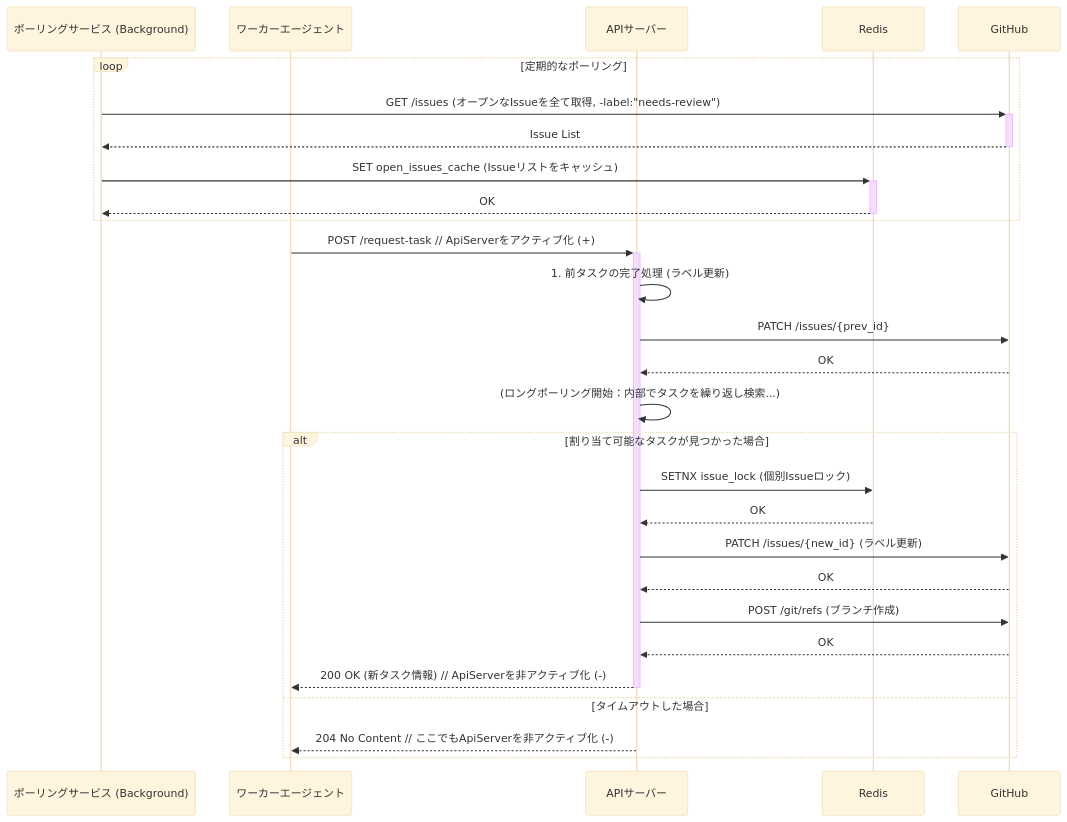
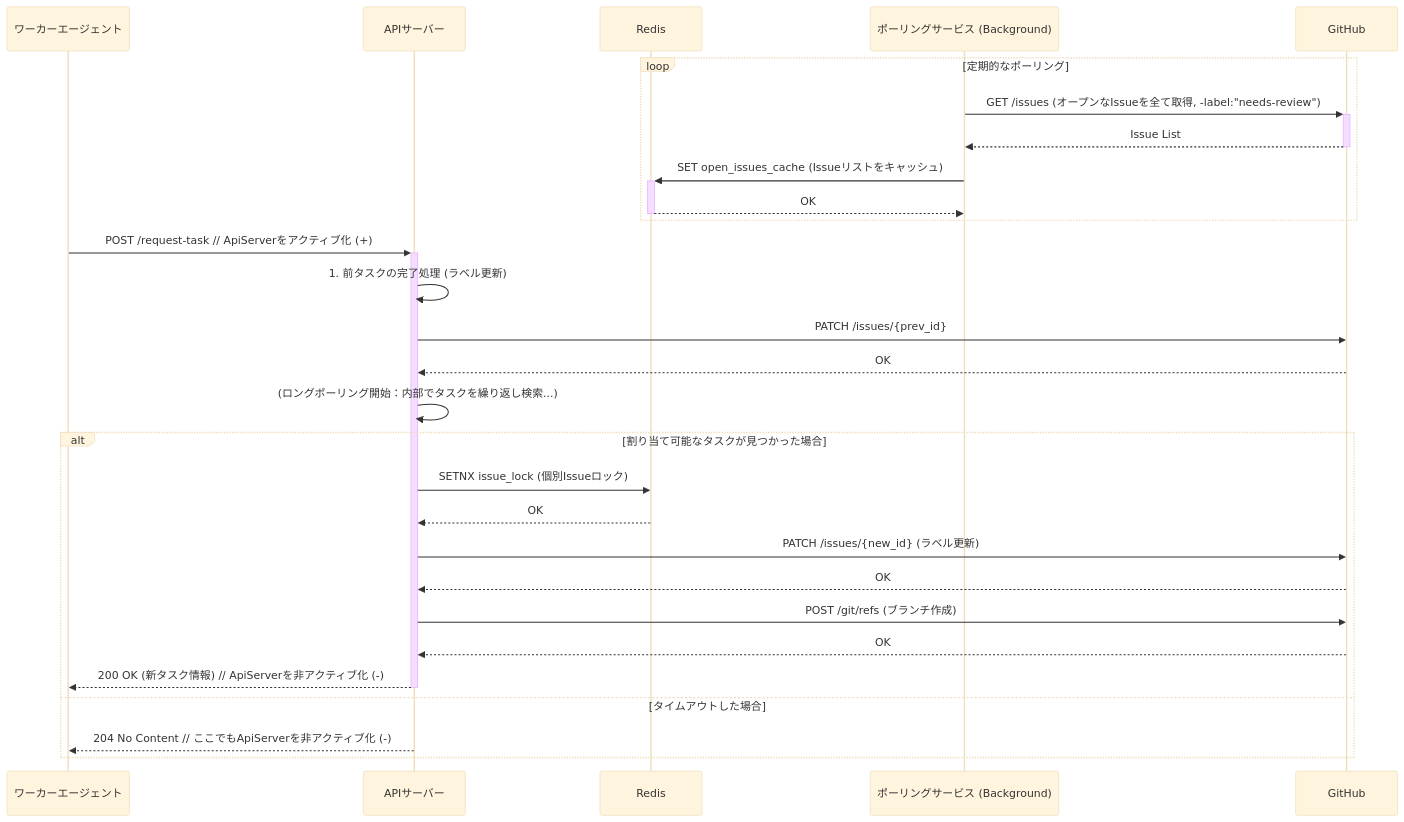
The second of 2 diagrams in docs/architecture/system_context.md (masa-codehub/github_broker), drawn with Mermaid (base theme) before and after one commit. The commit also changed other lines of this file, not shown here.

````diff
--- a/docs/architecture/system_context.md
+++ b/docs/architecture/system_context.md
@@ -169,34 +176,34 @@
 ```mermaid
 sequenceDiagram
-    participant PollingService as ポーリングサービス (Background)
     participant Worker as ワーカーエージェント
     participant ApiServer as APIサーバー
     participant Redis
+    participant PollingService as ポーリングサービス (Background)
     participant GitHub
 
     loop 定期的なポーリング
         PollingService->>+GitHub: GET /issues (オープンなIssueを全て取得, -label:"needs-review")
         GitHub-->>-PollingService: Issue List
         PollingService->>+Redis: SET open_issues_cache (Issueリストをキャッシュ)
         Redis-->>-PollingService: OK
     end
 
     Worker->>+ApiServer: POST /request-task // ApiServerをアクティブ化 (+)
     ApiServer->>ApiServer: 1. 前タスクの完了処理 (ラベル更新)
     ApiServer->>GitHub: PATCH /issues/{prev_id}
     GitHub-->>ApiServer: OK
 
     ApiServer->>ApiServer: (ロングポーリング開始：内部でタスクを繰り返し検索...)
 
     alt 割り当て可能なタスクが見つかった場合
         ApiServer->>Redis: SETNX issue_lock (個別Issueロック)
         Redis-->>ApiServer: OK
         ApiServer->>GitHub: PATCH /issues/{new_id} (ラベル更新)
         GitHub-->>ApiServer: OK
         ApiServer->>GitHub: POST /git/refs (ブランチ作成)
         GitHub-->>ApiServer: OK
         ApiServer-->>-Worker: 200 OK (新タスク情報) // ApiServerを非アクティブ化 (-)
     else タイムアウトした場合
         ApiServer-->>Worker: 204 No Content // ここでもApiServerを非アクティブ化 (-)
     end
 ```
````
